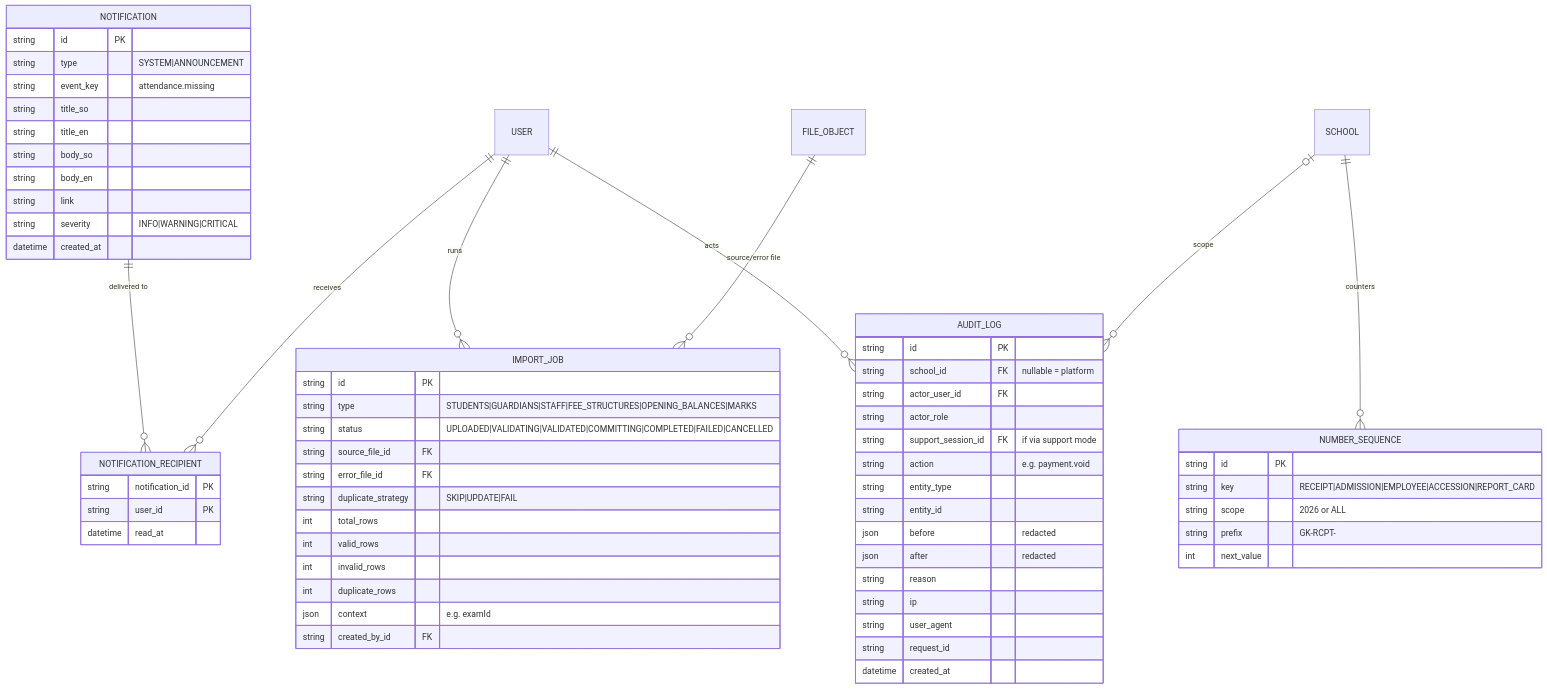
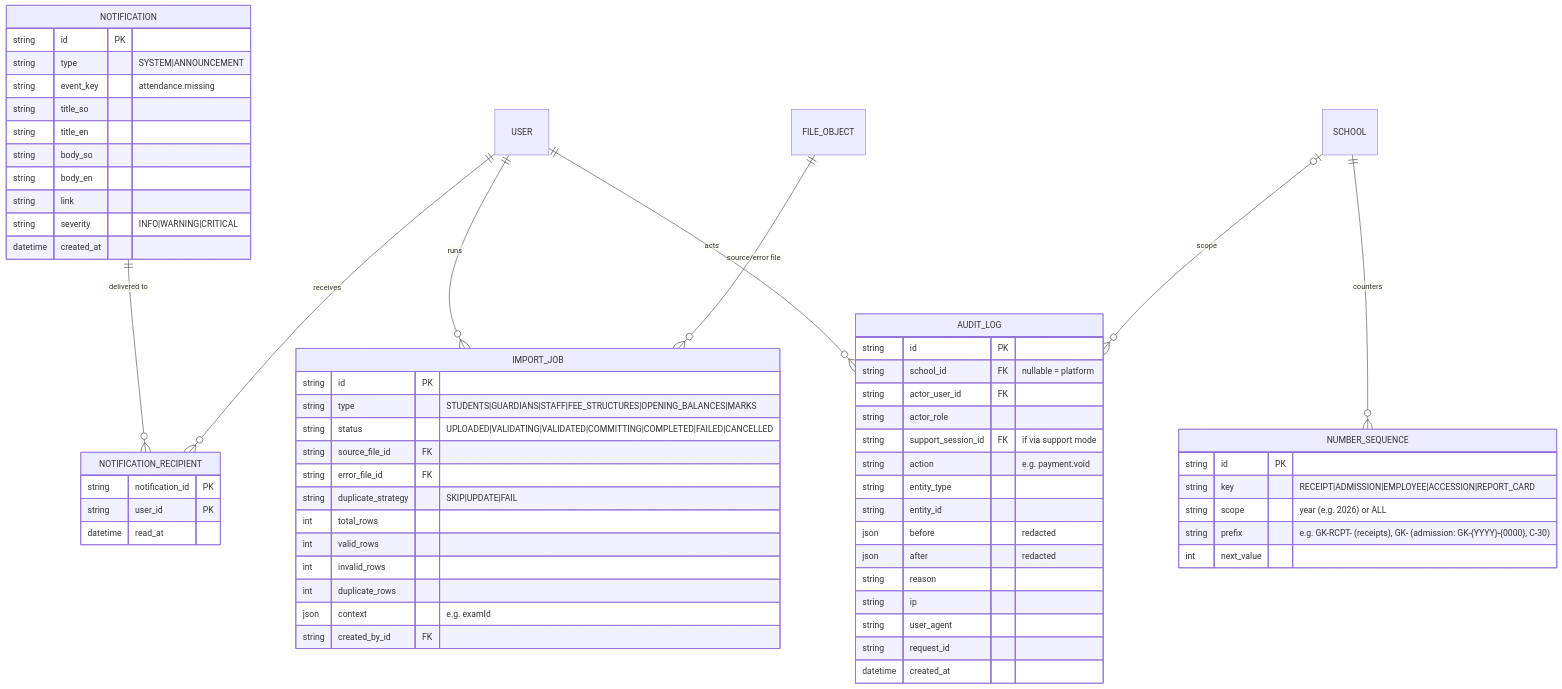
One commit to ismacil87/Gol-khatumo changed the tenth of 10 diagrams in docs/phase-1/03-database-erd.md. Above: the diagram before and after it, drawn with Mermaid. The commit also changed other lines of this file and 10 other files, not shown here.

````diff
--- a/docs/phase-1/03-database-erd.md
+++ b/docs/phase-1/03-database-erd.md
@@ -890,66 +898,66 @@
 ```mermaid
 erDiagram
   USER ||--o{ AUDIT_LOG : "acts"
   SCHOOL |o--o{ AUDIT_LOG : "scope"
   NOTIFICATION ||--o{ NOTIFICATION_RECIPIENT : "delivered to"
   USER ||--o{ NOTIFICATION_RECIPIENT : "receives"
   USER ||--o{ IMPORT_JOB : "runs"
   FILE_OBJECT ||--o{ IMPORT_JOB : "source/error file"
   SCHOOL ||--o{ NUMBER_SEQUENCE : "counters"
 
   AUDIT_LOG {
     string id PK
     string school_id FK "nullable = platform"
     string actor_user_id FK
     string actor_role
     string support_session_id FK "if via support mode"
     string action "e.g. payment.void"
     string entity_type
     string entity_id
     json before "redacted"
     json after "redacted"
     string reason
     string ip
     string user_agent
     string request_id
     datetime created_at
   }
   NOTIFICATION {
     string id PK
     string type "SYSTEM|ANNOUNCEMENT"
     string event_key "attendance.missing"
     string title_so
     string title_en
     string body_so
     string body_en
     string link
     string severity "INFO|WARNING|CRITICAL"
     datetime created_at
   }
   NOTIFICATION_RECIPIENT {
     string notification_id PK
     string user_id PK
     datetime read_at
   }
   IMPORT_JOB {
     string id PK
     string type "STUDENTS|GUARDIANS|STAFF|FEE_STRUCTURES|OPENING_BALANCES|MARKS"
     string status "UPLOADED|VALIDATING|VALIDATED|COMMITTING|COMPLETED|FAILED|CANCELLED"
     string source_file_id FK
     string error_file_id FK
     string duplicate_strategy "SKIP|UPDATE|FAIL"
     int total_rows
     int valid_rows
     int invalid_rows
     int duplicate_rows
     json context "e.g. examId"
     string created_by_id FK
   }
   NUMBER_SEQUENCE {
     string id PK
     string key "RECEIPT|ADMISSION|EMPLOYEE|ACCESSION|REPORT_CARD"
-    string scope "2026 or ALL"
-    string prefix "GK-RCPT-"
+    string scope "year (e.g. 2026) or ALL"
+    string prefix "e.g. GK-RCPT- (receipts), GK- (admission: GK-{YYYY}-{0000}, C-30)"
     int next_value
   }
 ```
````
